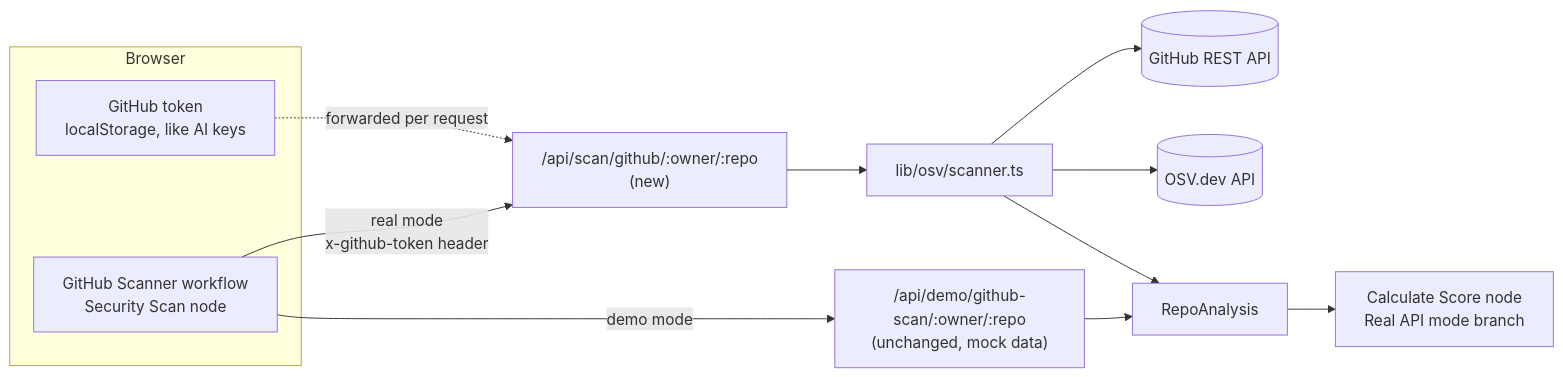
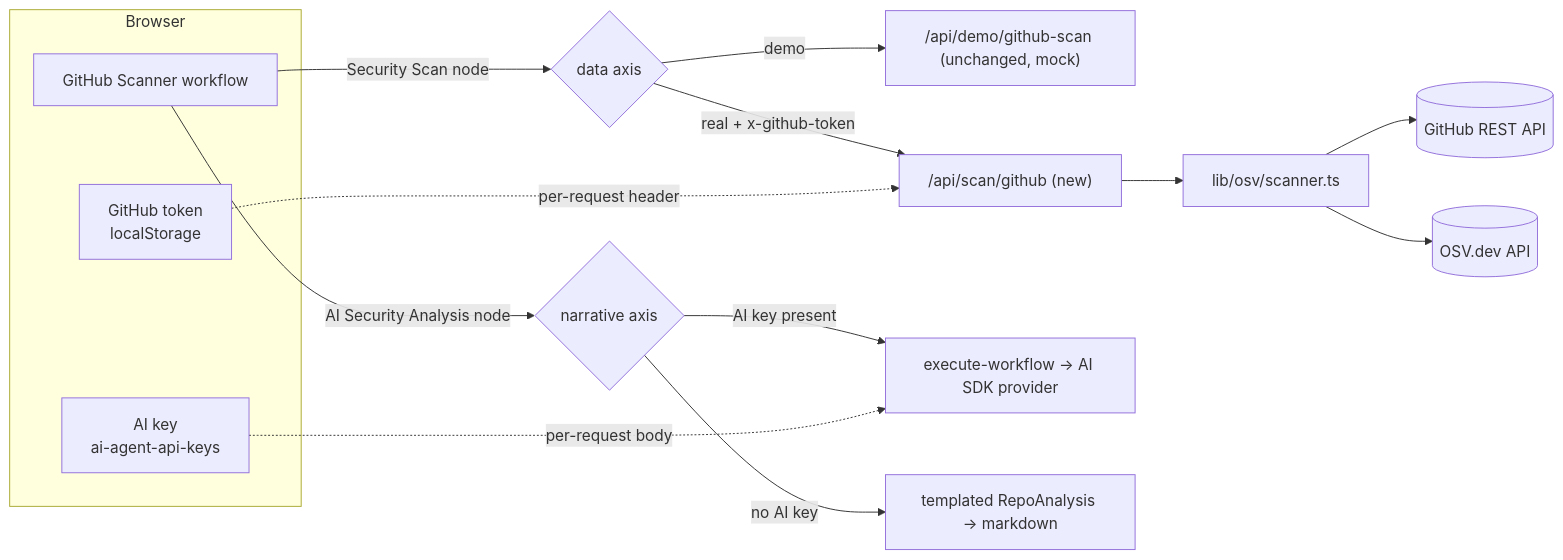
The first of 2 diagrams in docs/architecture/osv-real-scan-design.md (knowlingo/TopFlow), drawn with Mermaid before and after one commit. The commit also changed other lines of this file and 1 other file, not shown here.

First line of the commit message:
docs(scanner): specify the two-axis BYOK model for real scanning

````diff
--- a/docs/architecture/osv-real-scan-design.md
+++ b/docs/architecture/osv-real-scan-design.md
@@ -82,16 +104,19 @@
 ```mermaid
 flowchart LR
   subgraph Browser
-    UI[GitHub Scanner workflow<br/>Security Scan node]
-    TOK[GitHub token<br/>localStorage, like AI keys]
+    WF[GitHub Scanner workflow]
+    GTOK[GitHub token<br/>localStorage]
+    AIK[AI key<br/>ai-agent-api-keys]
   end
-  UI -- demo mode --> DEMO["/api/demo/github-scan/:owner/:repo<br/>(unchanged, mock data)"]
-  UI -- real mode<br/>x-github-token header --> REAL["/api/scan/github/:owner/:repo<br/>(new)"]
+  WF -- Security Scan node --> DSEL{data axis}
+  DSEL -- demo --> DEMO["/api/demo/github-scan (unchanged, mock)"]
+  DSEL -- real + x-github-token --> REAL["/api/scan/github (new)"]
   REAL --> SC[lib/osv/scanner.ts]
   SC --> GH[(GitHub REST API)]
   SC --> OSV[(OSV.dev API)]
-  TOK -. forwarded per request .-> REAL
-  DEMO --> RA[RepoAnalysis]
-  SC --> RA
-  RA --> SCORE[Calculate Score node<br/>Real API mode branch]
+  WF -- AI Security Analysis node --> NSEL{narrative axis}
+  NSEL -- AI key present --> LLM[execute-workflow → AI SDK provider]
+  NSEL -- no AI key --> TMPL[templated RepoAnalysis → markdown]
+  GTOK -. per-request header .-> REAL
+  AIK -. per-request body .-> LLM
 ```
````
